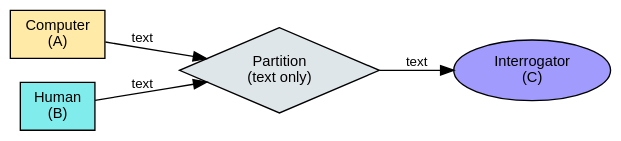
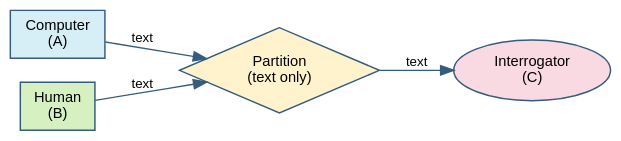
Before and after one commit to p0dyakov/inno_notes: the sixth of 19 diagrams in semester-2/Theoretical Computer Science/8.qmd, drawn with Graphviz. The commit also changed other lines of this file and 191 other files, not shown here.

````diff
--- a/semester-2/Theoretical Computer Science/8.qmd
+++ b/semester-2/Theoretical Computer Science/8.qmd
@@ -442,20 +440,20 @@
 ```{dot}
 //| fig-cap: "The Turing Test (Imitation Game): interrogator C attempts to distinguish computer A from human B via text-only communication"
 //| fig-width: 5
 //| fig-height: 2
 digraph turing_test {
   rankdir=LR;
   bgcolor="transparent";
-  node [fontname="Helvetica", fontsize=11, style=filled];
-  edge [fontname="Helvetica", fontsize=10];
+  node [fontname="Helvetica", fontsize=11, style=filled, color="#355c7d", penwidth=1.1];
+  edge [fontname="Helvetica", fontsize=10, color="#355c7d"];
 
-  A [label="Computer\n(A)", shape=box, fillcolor="#ffeaa7"];
-  B [label="Human\n(B)", shape=box, fillcolor="#81ecec"];
-  screen [label="Partition\n(text only)", shape=diamond, fillcolor="#dfe6e9"];
-  C [label="Interrogator\n(C)", shape=ellipse, fillcolor="#a29bfe"];
+  A [label="Computer\n(A)", shape=box, fillcolor="#d6eef5"];
+  B [label="Human\n(B)", shape=box, fillcolor="#d7f0c2"];
+  screen [label="Partition\n(text only)", shape=diamond, fillcolor="#fff3cd"];
+  C [label="Interrogator\n(C)", shape=ellipse, fillcolor="#f9d9e2"];
 
   A -> screen [label="text"];
   B -> screen [label="text"];
   screen -> C [label="text"];
 }
 ```
````
